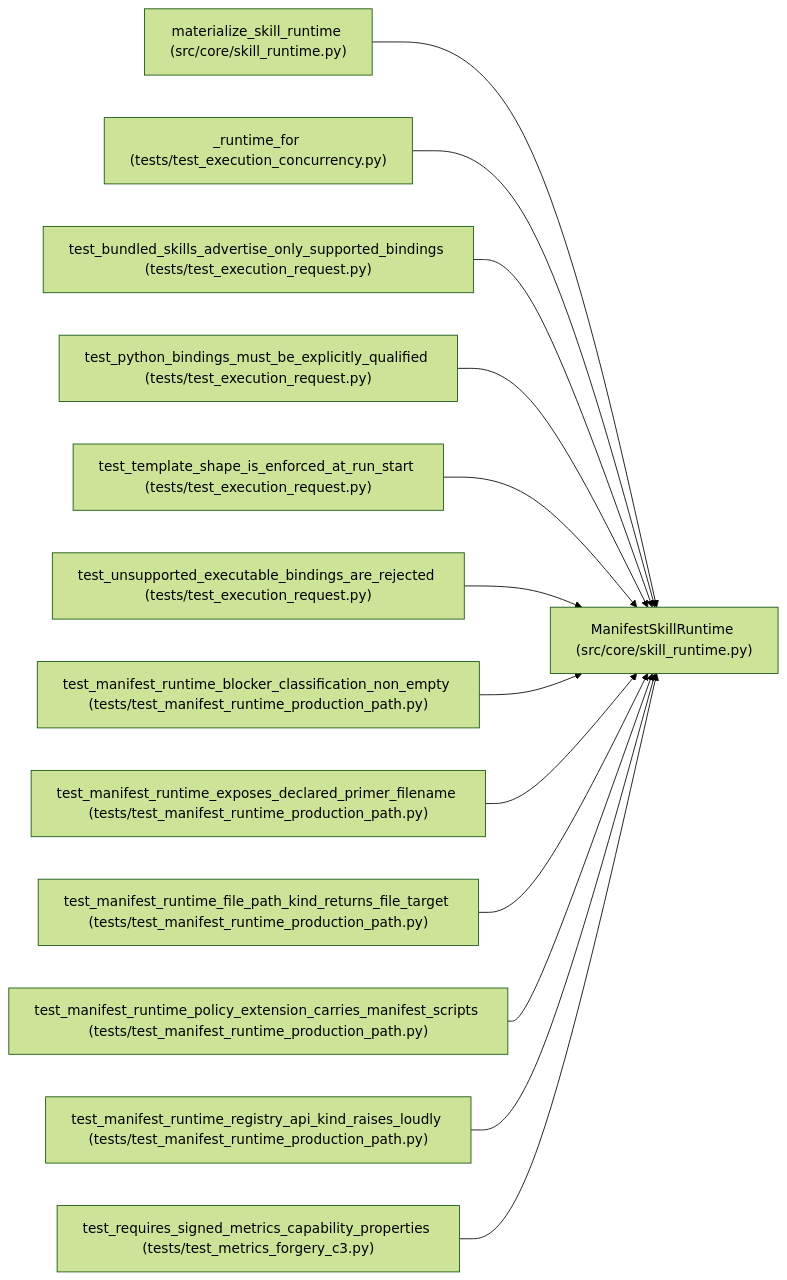
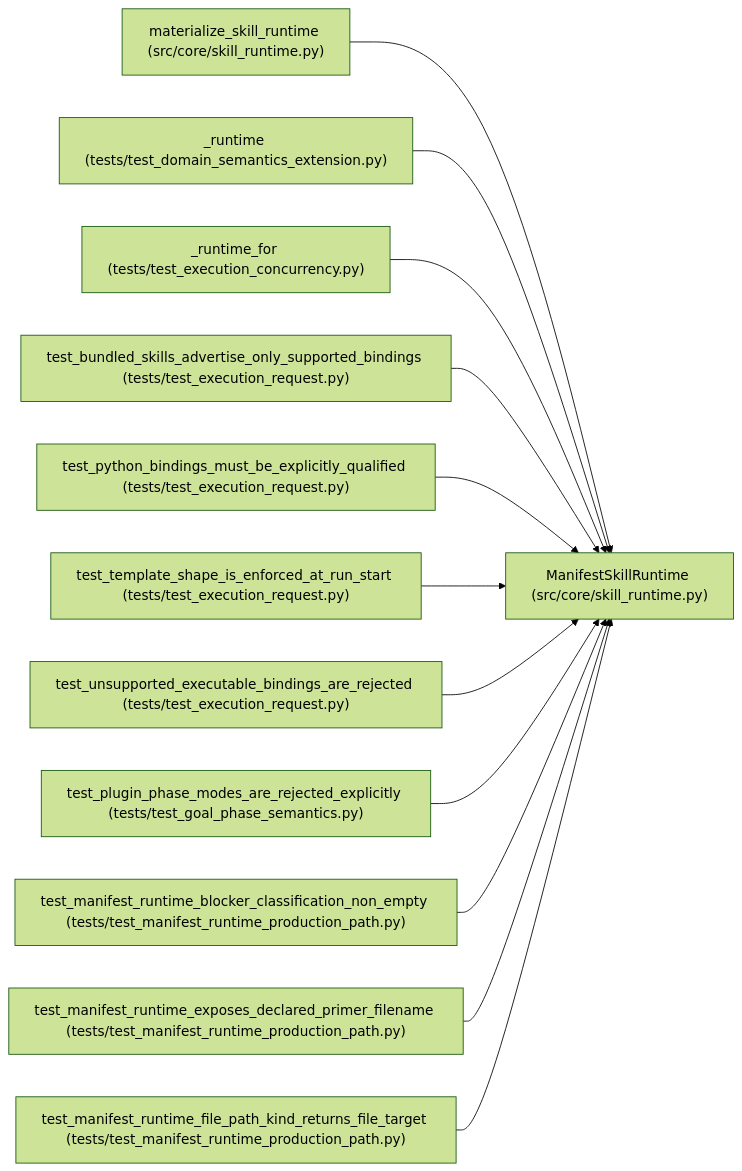
The diagram in docs/llm_wiki/entities/ManifestSkillRuntime.md (Denissvgn/autoresearch-agent), drawn with Mermaid (forest theme) before and after one commit. The commit also changed other lines of this file and 1033 other files, not shown here.

````diff
--- a/docs/llm_wiki/entities/ManifestSkillRuntime.md
+++ b/docs/llm_wiki/entities/ManifestSkillRuntime.md
@@ -64,41 +69,38 @@
 ```mermaid
 flowchart LR
     n0["ManifestSkillRuntime (src/core/skill_runtime.py)"]
     n1["materialize_skill_runtime (src/core/skill_runtime.py)"]
-    n2["_runtime_for (tests/test_execution_concurrency.py)"]
-    n3["test_bundled_skills_advertise_only_supported_bindings (tests/test_execution_request.py)"]
-    n4["test_python_bindings_must_be_explicitly_qualified (tests/test_execution_request.py)"]
-    n5["test_template_shape_is_enforced_at_run_start (tests/test_execution_request.py)"]
-    n6["test_unsupported_executable_bindings_are_rejected (tests/test_execution_request.py)"]
-    n7["test_manifest_runtime_blocker_classification_non_empty (tests/test_manifest_runtime_production_path.py)"]
-    n8["test_manifest_runtime_exposes_declared_primer_filename (tests/test_manifest_runtime_production_path.py)"]
-    n9["test_manifest_runtime_file_path_kind_returns_file_target (tests/test_manifest_runtime_production_path.py)"]
-    n10["test_manifest_runtime_policy_extension_carries_manifest_scripts (tests/test_manifest_runtime_production_path.py)"]
-    n11["test_manifest_runtime_registry_api_kind_raises_loudly (tests/test_manifest_runtime_production_path.py)"]
-    n12["test_requires_signed_metrics_capability_properties (tests/test_metrics_forgery_c3.py)"]
+    n2["_runtime (tests/test_domain_semantics_extension.py)"]
+    n3["_runtime_for (tests/test_execution_concurrency.py)"]
+    n4["test_bundled_skills_advertise_only_supported_bindings (tests/test_execution_request.py)"]
+    n5["test_python_bindings_must_be_explicitly_qualified (tests/test_execution_request.py)"]
+    n6["test_template_shape_is_enforced_at_run_start (tests/test_execution_request.py)"]
+    n7["test_unsupported_executable_bindings_are_rejected (tests/test_execution_request.py)"]
+    n8["test_plugin_phase_modes_are_rejected_explicitly (tests/test_goal_phase_semantics.py)"]
+    n9["test_manifest_runtime_blocker_classification_non_empty (tests/test_manifest_runtime_production_path.py)"]
+    n10["test_manifest_runtime_exposes_declared_primer_filename (tests/test_manifest_runtime_production_path.py)"]
+    n11["test_manifest_runtime_file_path_kind_returns_file_target (tests/test_manifest_runtime_production_path.py)"]
     n1 --> n0
     n2 --> n0
     n3 --> n0
     n4 --> n0
     n5 --> n0
     n6 --> n0
     n7 --> n0
     n8 --> n0
     n9 --> n0
     n10 --> n0
     n11 --> n0
-    n12 --> n0
     click n0 "../modules/skill_runtime.md"
     click n1 "../modules/skill_runtime.md"
-    click n2 "../modules/test_execution_concurrency.md"
-    click n3 "../modules/test_execution_request.md"
+    click n2 "../modules/test_domain_semantics_extension.md"
+    click n3 "../modules/test_execution_concurrency.md"
     click n4 "../modules/test_execution_request.md"
     click n5 "../modules/test_execution_request.md"
     click n6 "../modules/test_execution_request.md"
-    click n7 "../modules/test_manifest_runtime_production_path.md"
-    click n8 "../modules/test_manifest_runtime_production_path.md"
+    click n7 "../modules/test_execution_request.md"
+    click n8 "../modules/test_goal_phase_semantics.md"
     click n9 "../modules/test_manifest_runtime_production_path.md"
     click n10 "../modules/test_manifest_runtime_production_path.md"
     click n11 "../modules/test_manifest_runtime_production_path.md"
-    click n12 "../modules/test_metrics_forgery_c3.md"
 ```
````
